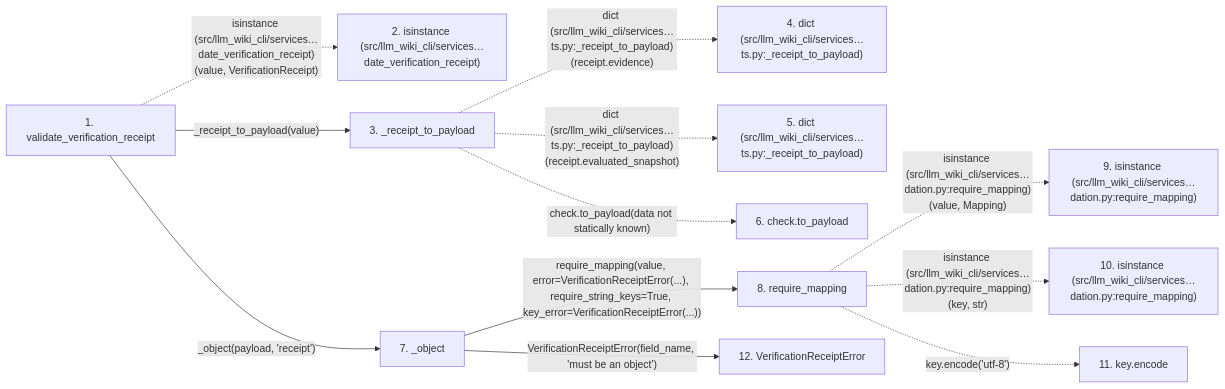
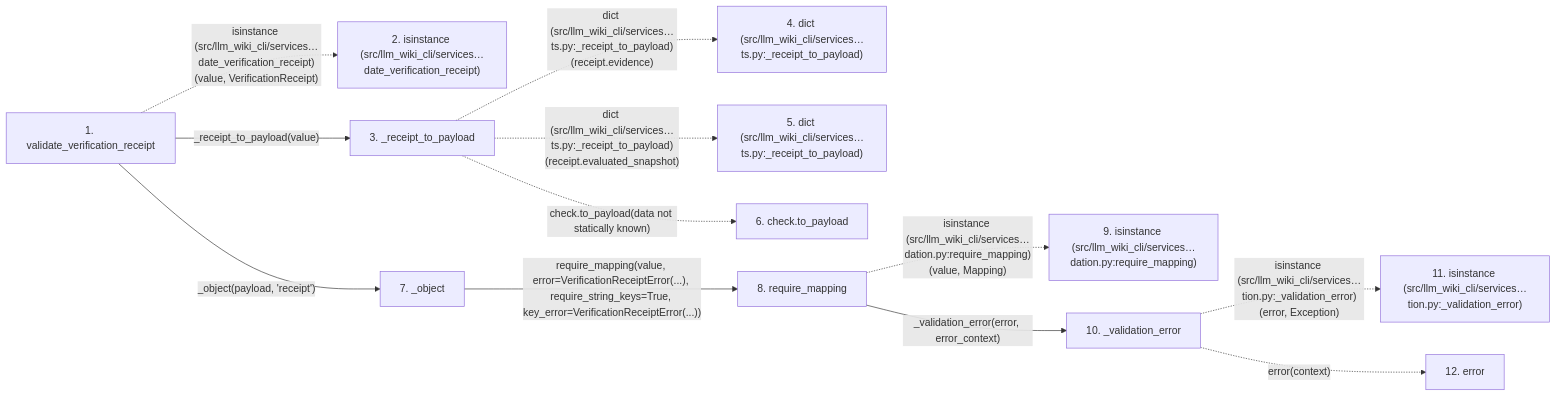
The second of 2 diagrams in docs/llm_wiki/flows/api-validate_verification_receipt.md (Denissvgn/python-wiki-llm), drawn with Mermaid before and after one commit. The commit also changed other lines of this file and 627 other files, not shown here.

````diff
--- a/docs/llm_wiki/flows/api-validate_verification_receipt.md
+++ b/docs/llm_wiki/flows/api-validate_verification_receipt.md
@@ -129,31 +129,31 @@
 ```mermaid
 flowchart LR
     s1["1. validate_verification_receipt"]
     s2["2. isinstance (src/llm_wiki_cli/services…date_verification_receipt)"]
     s3["3. _receipt_to_payload"]
     s4["4. dict (src/llm_wiki_cli/services…ts.py:_receipt_to_payload)"]
     s5["5. dict (src/llm_wiki_cli/services…ts.py:_receipt_to_payload)"]
     s6["6. check.to_payload"]
     s7["7. _object"]
     s8["8. require_mapping"]
     s9["9. isinstance (src/llm_wiki_cli/services…dation.py:require_mapping)"]
-    s10["10. isinstance (src/llm_wiki_cli/services…dation.py:require_mapping)"]
-    s11["11. key.encode"]
-    s12["12. VerificationReceiptError"]
+    s10["10. _validation_error"]
+    s11["11. isinstance (src/llm_wiki_cli/services…tion.py:_validation_error)"]
+    s12["12. error"]
     s1 -. "isinstance (src/llm_wiki_cli/services…date_verification_receipt)(value, VerificationReceipt)" .-> s2
     s1 -->|"_receipt_to_payload(value)"| s3
     s3 -. "dict (src/llm_wiki_cli/services…ts.py:_receipt_to_payload)(receipt.evidence)" .-> s4
     s3 -. "dict (src/llm_wiki_cli/services…ts.py:_receipt_to_payload)(receipt.evaluated_snapshot)" .-> s5
     s3 -. "check.to_payload(data not statically known)" .-> s6
     s1 -->|"_object(payload, 'receipt')"| s7
     s7 -->|"require_mapping(value, error=VerificationReceiptError(...), require_string_keys=True, key_error=VerificationReceiptError(...))"| s8
     s8 -. "isinstance (src/llm_wiki_cli/services…dation.py:require_mapping)(value, Mapping)" .-> s9
-    s8 -. "isinstance (src/llm_wiki_cli/services…dation.py:require_mapping)(key, str)" .-> s10
-    s8 -. "key.encode('utf-8')" .-> s11
-    s7 -->|"VerificationReceiptError(field_name, 'must be an object')"| s12
+    s8 -->|"_validation_error(error, error_context)"| s10
+    s10 -. "isinstance (src/llm_wiki_cli/services…tion.py:_validation_error)(error, Exception)" .-> s11
+    s10 -. "error(context)" .-> s12
     click s1 "../modules/verification_contracts.md"
     click s3 "../modules/verification_contracts.md"
     click s7 "../modules/verification_contracts.md"
     click s8 "../modules/validation.md"
-    click s12 "../modules/verification_contracts.md"
+    click s10 "../modules/validation.md"
 ```
````
